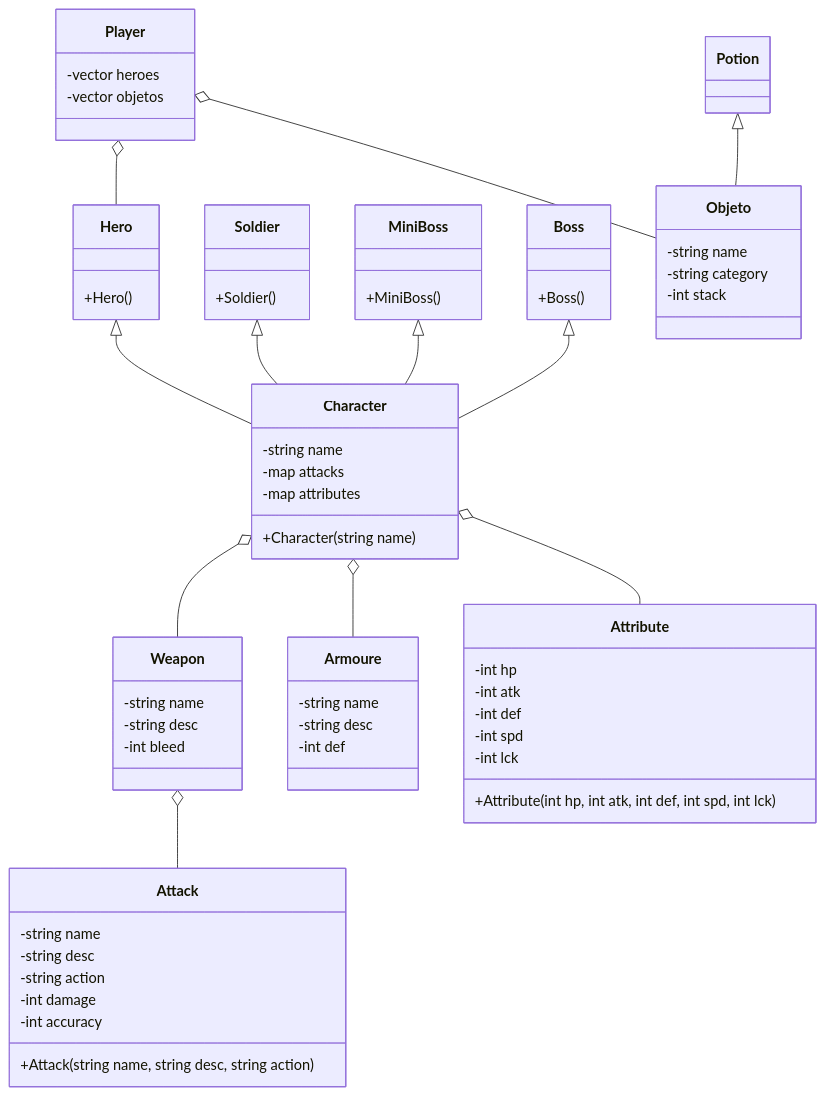
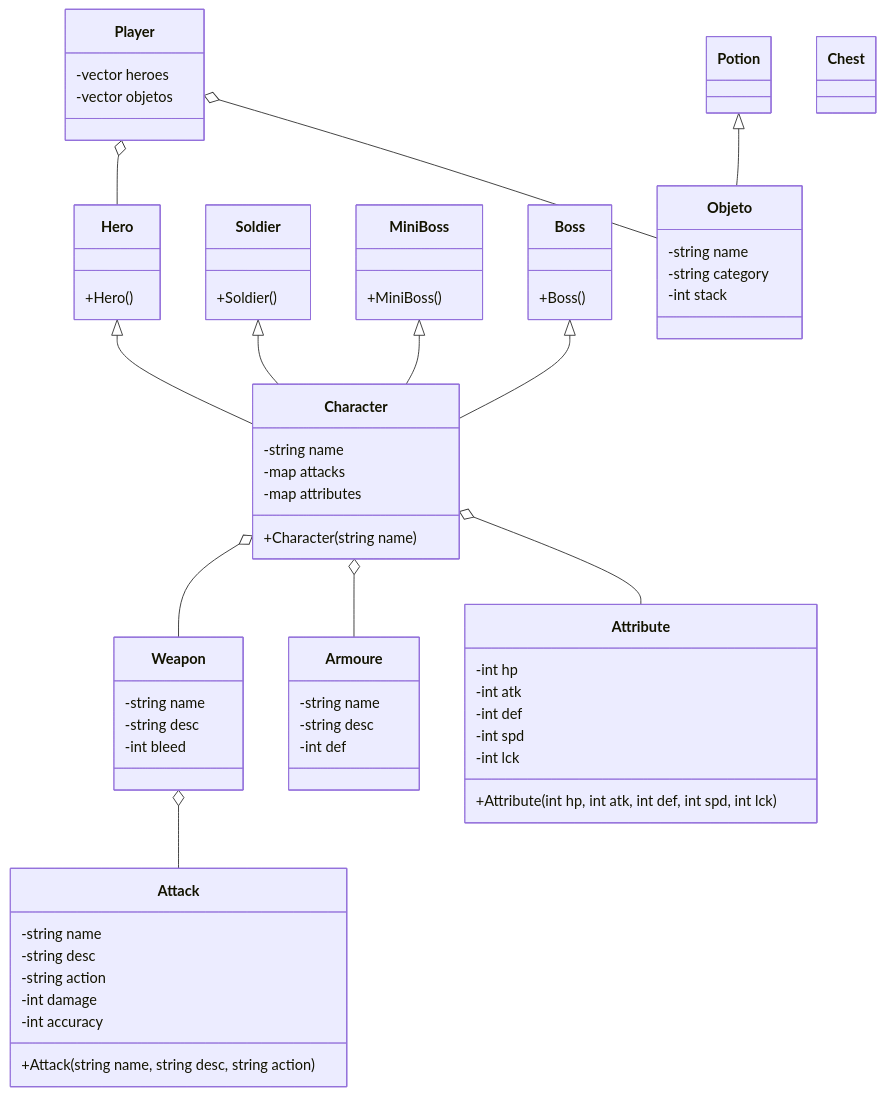
One commit to AlejandroSnap/PROYECTO-POO changed the diagram in Diagrama.md. Above: the diagram before and after it, drawn with Mermaid.

```diff
--- a/Diagrama.md
+++ b/Diagrama.md
@@ -70,6 +70,10 @@
 
     }
 
+    class Chest {
+        
+    }
+
     Potion <|-- Objeto    
     Player o-- Hero
     Player o-- Objeto
```
